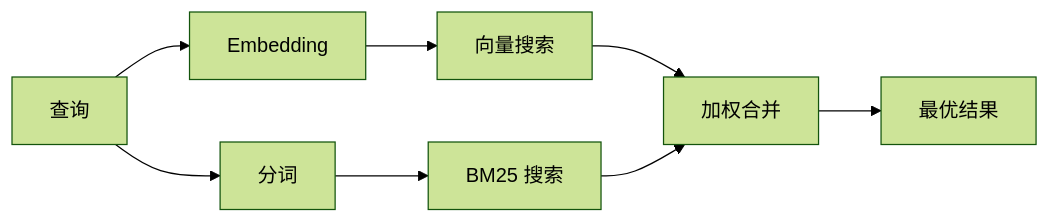
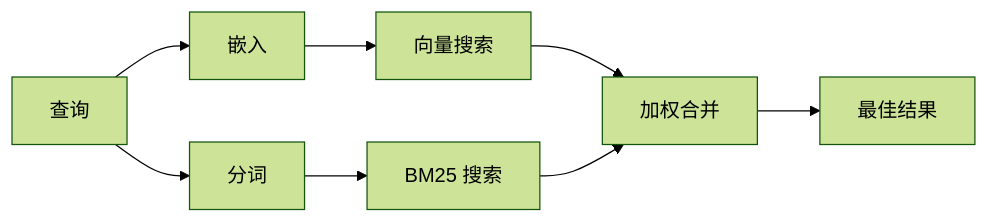
One commit to Explorer1092/openclaw-zh changed the diagram in docs/zh/concepts/memory-search.md. Above: the diagram before and after it, drawn with Mermaid (forest theme). The commit also changed other lines of this file and 31 other files, not shown here.

Commit message:
docs(zh): update concepts translations (part 1: active-memory–delegate-architecture + 10 new)

````diff
--- a/docs/zh/concepts/memory-search.md
+++ b/docs/zh/concepts/memory-search.md
@@ -48,10 +52,10 @@
 ```mermaid
 flowchart LR
-    Q["查询"] --> E["Embedding"]
+    Q["查询"] --> E["嵌入"]
     Q --> T["分词"]
     E --> VS["向量搜索"]
     T --> BM["BM25 搜索"]
     VS --> M["加权合并"]
     BM --> M
-    M --> R["最优结果"]
+    M --> R["最佳结果"]
 ```
````
